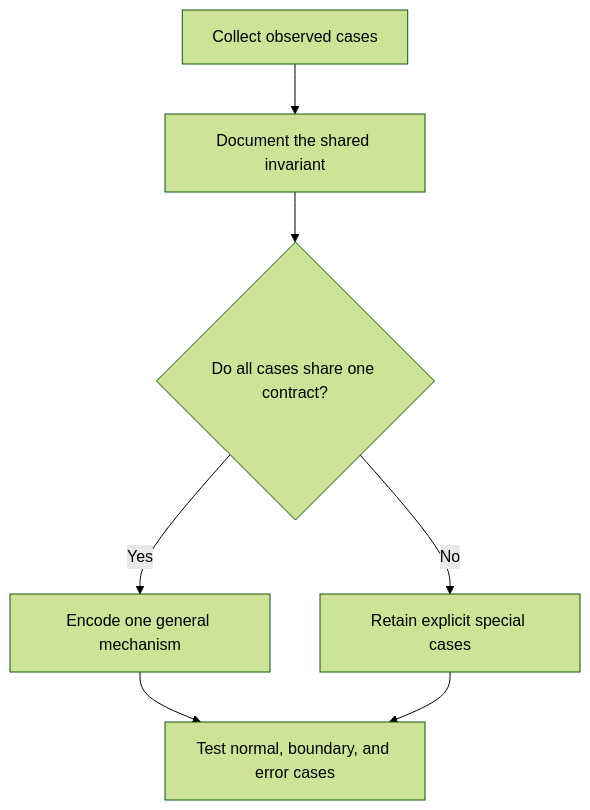
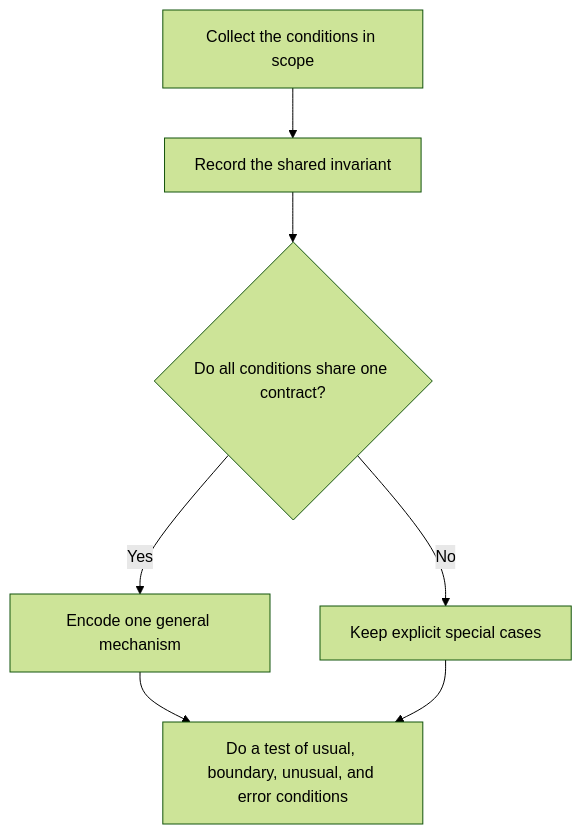
Before and after one commit to HomericIntelligence/Athena: the diagram in docs/principles/details/p009-general-mechanisms-over-special-cases.md, drawn with Mermaid (forest theme). The commit also changed other lines of this file and 91 other files, not shown here.

````diff
--- a/docs/principles/details/p009-general-mechanisms-over-special-cases.md
+++ b/docs/principles/details/p009-general-mechanisms-over-special-cases.md
@@ -33,9 +34,9 @@
 ```mermaid
 flowchart TD
-    A["Collect observed cases"] --> B["Document the shared invariant"]
-    B --> C{"Do all cases share one contract?"}
+    A["Collect the conditions in scope"] --> B["Record the shared invariant"]
+    B --> C{"Do all conditions share one contract?"}
     C -->|Yes| D["Encode one general mechanism"]
-    C -->|No| E["Retain explicit special cases"]
-    D --> F["Test normal, boundary, and error cases"]
+    C -->|No| E["Keep explicit special cases"]
+    D --> F["Do a test of usual, boundary, unusual, and error conditions"]
     E --> F
 ```
````
